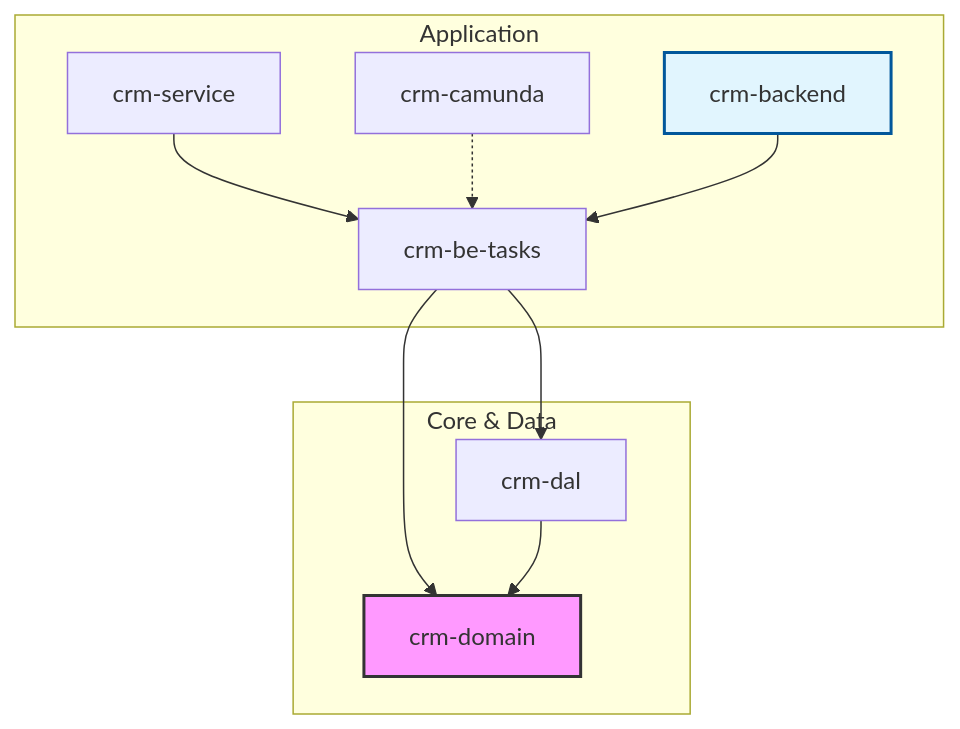
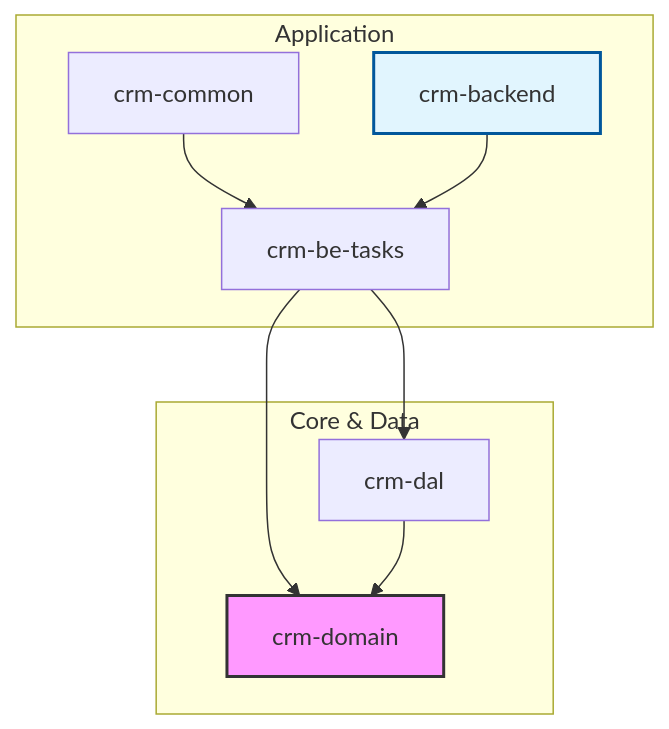
The diagram in README.md (iwozere/crm-1), drawn with Mermaid before and after one commit. The commit also changed other lines of this file and 4 other files, not shown here.

Commit message:
crm-service renamed to crm-common

````diff
--- a/README.md
+++ b/README.md
@@ -51,17 +51,16 @@
 ```mermaid
 graph TD
     subgraph "Application"
-        Service[crm-service] --> Tasks[crm-be-tasks]
-        Camunda[crm-camunda] -.-> Tasks
+        Service[crm-common] --> Tasks[crm-be-tasks]
         Backend[crm-backend] --> Tasks
     end
 
     subgraph "Core & Data"
         Tasks --> Domain[crm-domain]
         Tasks --> DAL[crm-dal]
         DAL --> Domain
     end
 
     style Domain fill:#f9f,stroke:#333,stroke-width:2px
     style Backend fill:#e1f5fe,stroke:#01579b,stroke-width:2px
 ```
````
